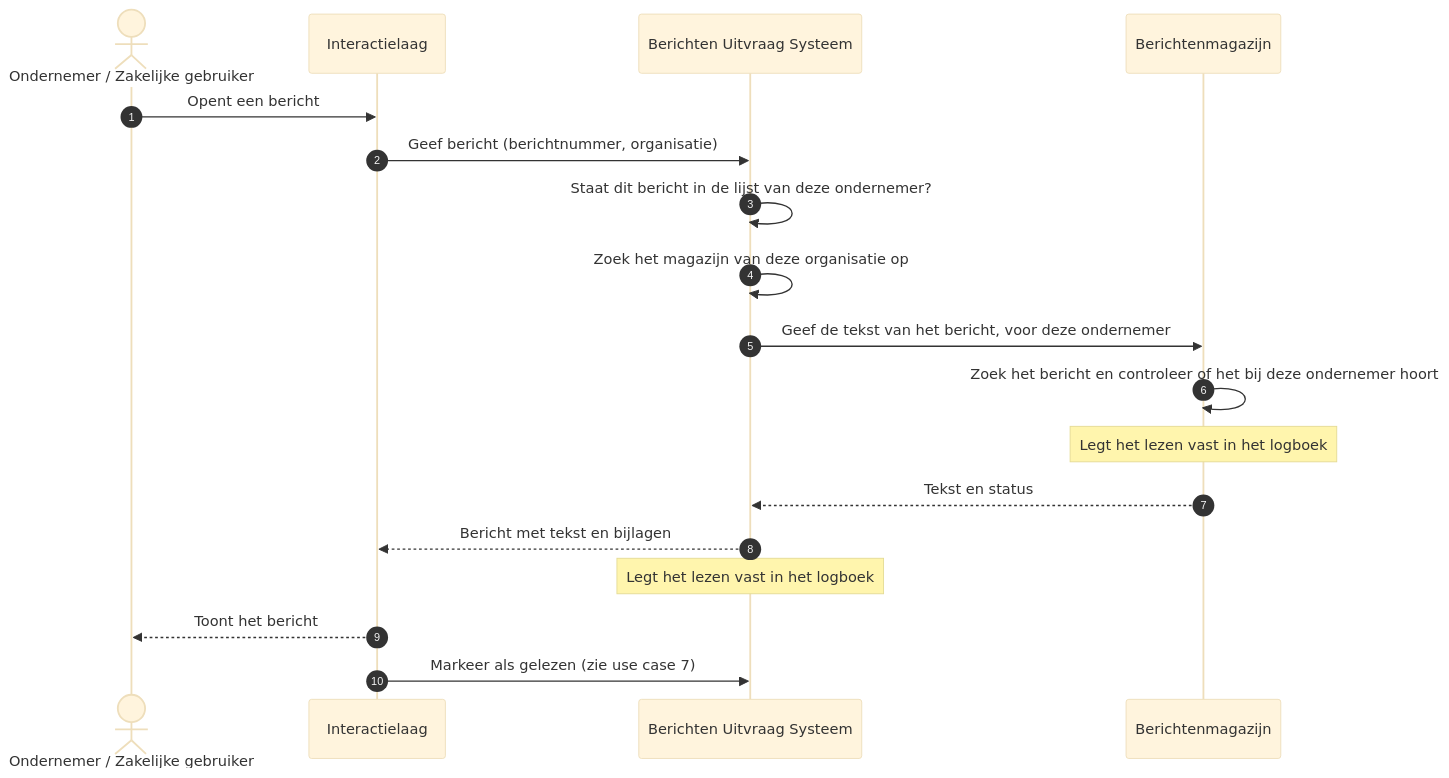
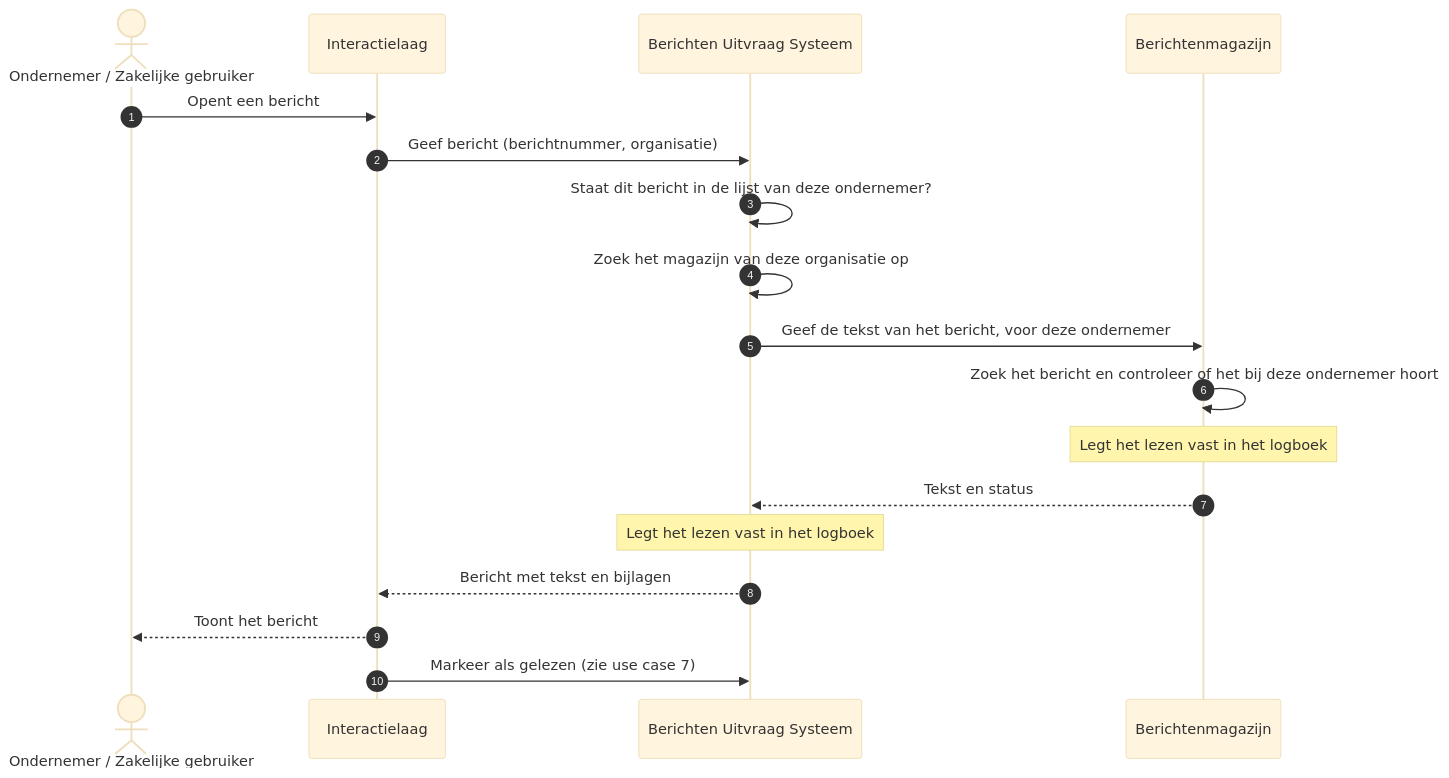
Before and after one commit to MinBZK/moza-poc-fbs-berichtenbox: the diagram in docs/architecture/workspace-docs/09-uc5-bericht-lezen.md, drawn with Mermaid (base theme). The commit also changed other lines of this file and 14 other files, not shown here.

````diff
--- a/docs/architecture/workspace-docs/09-uc5-bericht-lezen.md
+++ b/docs/architecture/workspace-docs/09-uc5-bericht-lezen.md
@@ -28,21 +28,21 @@
 ```mermaid
 sequenceDiagram
     autonumber
     actor OND as Ondernemer / Zakelijke gebruiker
     participant IL as Interactielaag
     participant FBS as Berichten Uitvraag Systeem
     participant MAG as Berichtenmagazijn
 
     OND->>IL: Opent een bericht
     IL->>FBS: Geef bericht (berichtnummer, organisatie)
     FBS->>FBS: Staat dit bericht in de lijst van deze ondernemer?
     FBS->>FBS: Zoek het magazijn van deze organisatie op
     FBS->>MAG: Geef de tekst van het bericht, voor deze ondernemer
     MAG->>MAG: Zoek het bericht en controleer of het bij deze ondernemer hoort
     Note over MAG: Legt het lezen vast in het logboek
     MAG-->>FBS: Tekst en status
+    Note over FBS: Legt het lezen vast in het logboek
     FBS-->>IL: Bericht met tekst en bijlagen
-    Note over FBS: Legt het lezen vast in het logboek
     IL-->>OND: Toont het bericht
     IL->>FBS: Markeer als gelezen (zie use case 7)
 ```
````
